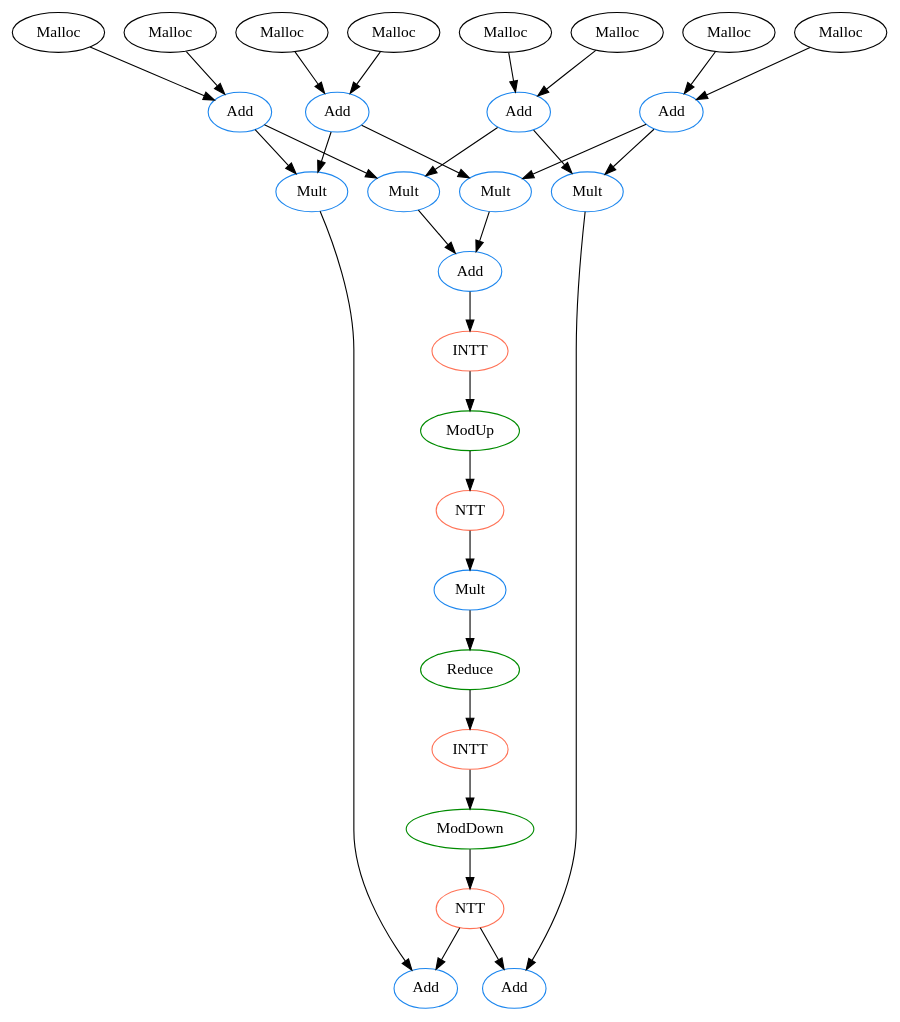
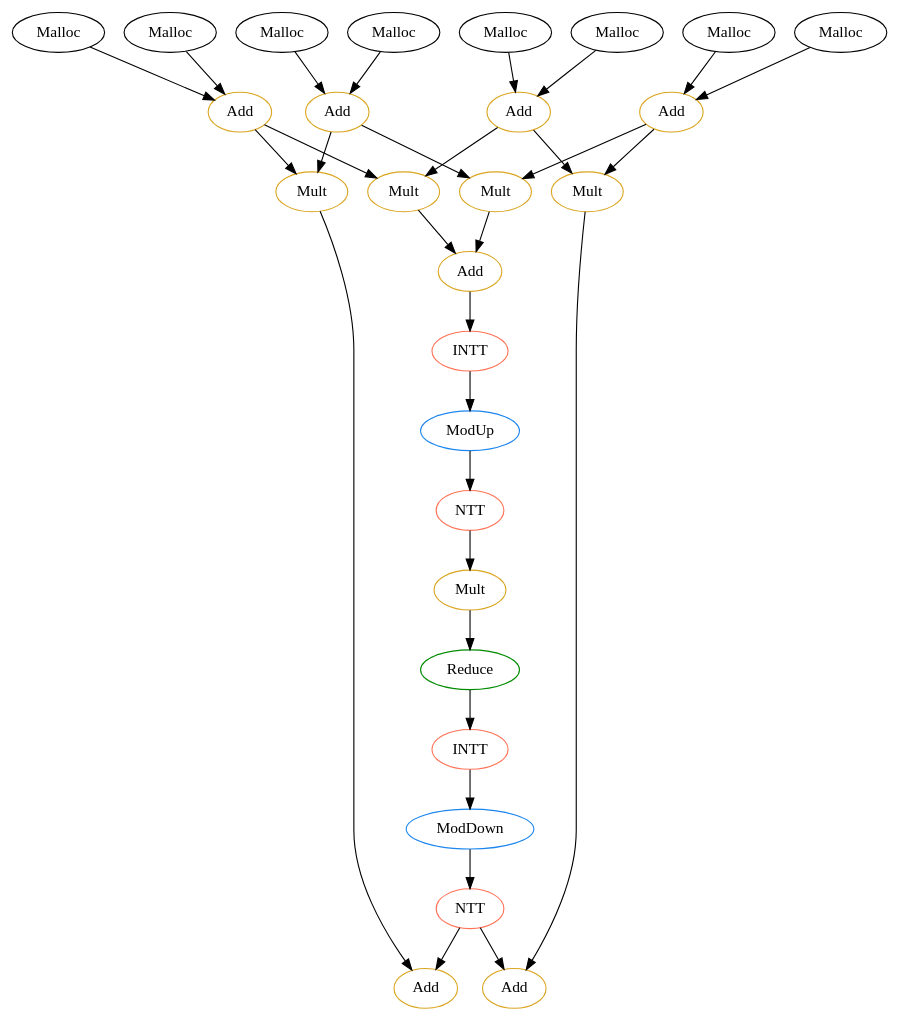
Before and after one commit to hal-lab-u-tokyo/PolyFHE: the diagram in data/graph_poly.dot, drawn with Graphviz. The commit also changed 5 other files, not shown here.

```diff
--- a/data/graph_poly.dot
+++ b/data/graph_poly.dot
@@ -1,59 +1,59 @@
 digraph G {
-0 [color=dodgerblue2, label=Add];
-1 [color=dodgerblue2, label=Add];
+0 [color=goldenrod, label=Add];
+1 [color=goldenrod, label=Add];
 2 [color=black, label=Malloc];
 3 [color=black, label=Malloc];
 4 [color=black, label=Malloc];
 5 [color=black, label=Malloc];
-6 [color=dodgerblue2, label=Add];
-7 [color=dodgerblue2, label=Add];
+6 [color=goldenrod, label=Add];
+7 [color=goldenrod, label=Add];
 8 [color=black, label=Malloc];
 9 [color=black, label=Malloc];
 10 [color=black, label=Malloc];
 11 [color=black, label=Malloc];
-12 [color=dodgerblue2, label=Mult];
-13 [color=dodgerblue2, label=Mult];
-14 [color=dodgerblue2, label=Mult];
-15 [color=dodgerblue2, label=Mult];
-16 [color=dodgerblue2, label=Add];
+12 [color=goldenrod, label=Mult];
+13 [color=goldenrod, label=Mult];
+14 [color=goldenrod, label=Mult];
+15 [color=goldenrod, label=Mult];
+16 [color=goldenrod, label=Add];
 17 [color=coral1, label=INTT];
-18 [color=green4, label=ModUp];
+18 [color=dodgerblue2, label=ModUp];
 19 [color=coral1, label=NTT];
-20 [color=dodgerblue2, label=Mult];
+20 [color=goldenrod, label=Mult];
 21 [color=green4, label=Reduce];
 22 [color=coral1, label=INTT];
-23 [color=green4, label=ModDown];
+23 [color=dodgerblue2, label=ModDown];
 24 [color=coral1, label=NTT];
-25 [color=dodgerblue2, label=Add];
-26 [color=dodgerblue2, label=Add];
+25 [color=goldenrod, label=Add];
+26 [color=goldenrod, label=Add];
 2->0 ;
 3->1 ;
 4->0 ;
 5->1 ;
 8->6 ;
 9->7 ;
 10->6 ;
 11->7 ;
 13->16 ;
 14->16 ;
 0->12 ;
 6->12 ;
 1->15 ;
 7->15 ;
 0->13 ;
 7->13 ;
 1->14 ;
 6->14 ;
 16->17 ;
 17->18 ;
 18->19 ;
 19->20 ;
 20->21 ;
 21->22 ;
 22->23 ;
 23->24 ;
 12->25 ;
 15->26 ;
 24->25 ;
 24->26 ;
 }
```
